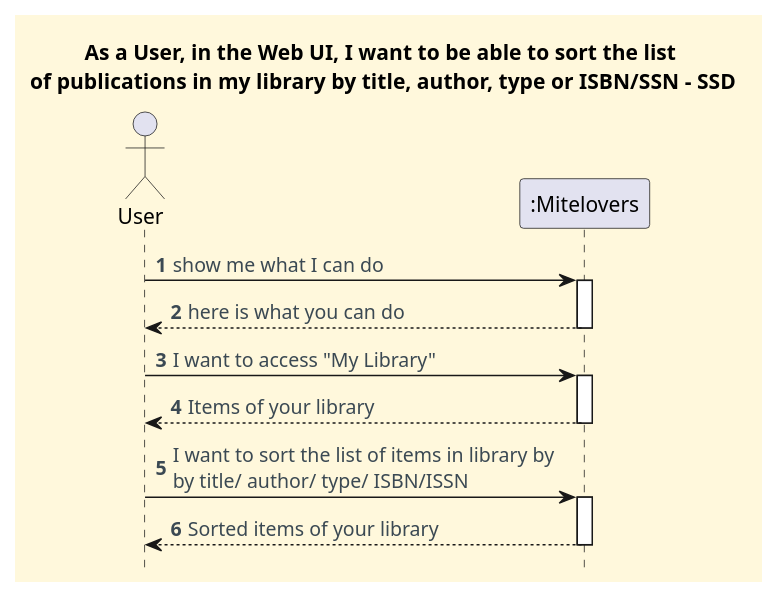
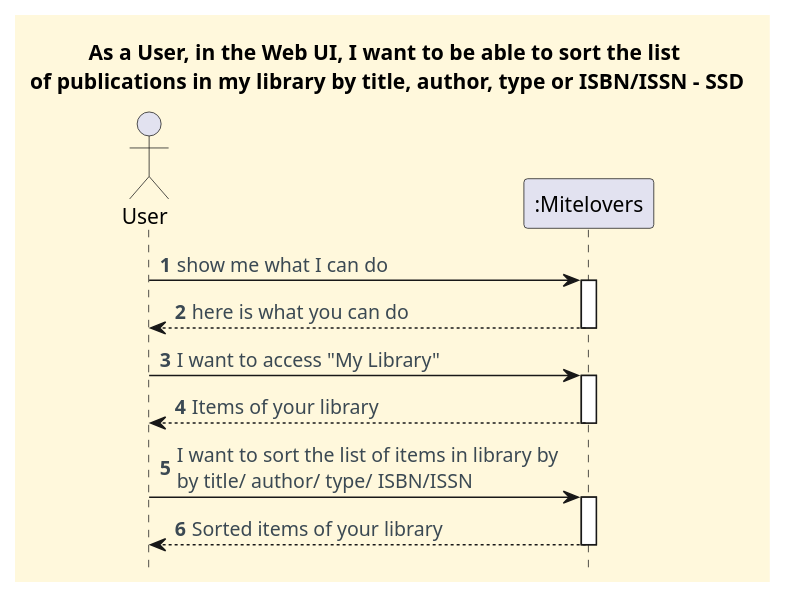
One commit to CarolinaLeite-collab/JavaMarketplacePlatform changed the diagram in docs/client-server-diagrams/sort-publications-in-library-by-title-author-type-or-isbn-issn/Process_View_SSD.puml. Above: the diagram before and after it, drawn with PlantUML.

```diff
--- a/docs/client-server-diagrams/sort-publications-in-library-by-title-author-type-or-isbn-issn/Process_View_SSD.puml
+++ b/docs/client-server-diagrams/sort-publications-in-library-by-title-author-type-or-isbn-issn/Process_View_SSD.puml
@@ -1,39 +1,39 @@
 @startuml
 '==== basic style ====
 hide stereotype
 skinparam monochrome false
 skinparam shadowing false
 skinparam defaultFontName Futura
 skinparam objectFontSize 20
 skinparam backgroundColor CornSilk
 skinparam objectBackgroundColor WhiteSmoke
 skinparam noteBackgroundColor #FFFFE0
 skinparam ArrowFontColor #3B4953
 skinparam ActivationBackgroundColor black
 hidefootbox
 
 autonumber
 
-title "As a User, in the Web UI, I want to be able to sort the list \nof publications in my library by title, author, type or ISBN/SSN - SSD"
+title "As a User, in the Web UI, I want to be able to sort the list \nof publications in my library by title, author, type or ISBN/ISSN - SSD"
 
 ' --- Actor and participants ---
 
 actor User
 participant ":Mitelovers" as mite
 
 User -> mite : show me what I can do
 activate mite
 mite --> User : here is what you can do
 deactivate mite
 
 User -> mite : I want to access "My Library"
 activate mite
 mite --> User : Items of your library
 deactivate mite
 
 User -> mite : I want to sort the list of items in library by \nby title/ author/ type/ ISBN/ISSN
 activate mite
 mite --> User : Sorted items of your library
 deactivate mite
 
 @enduml
```
